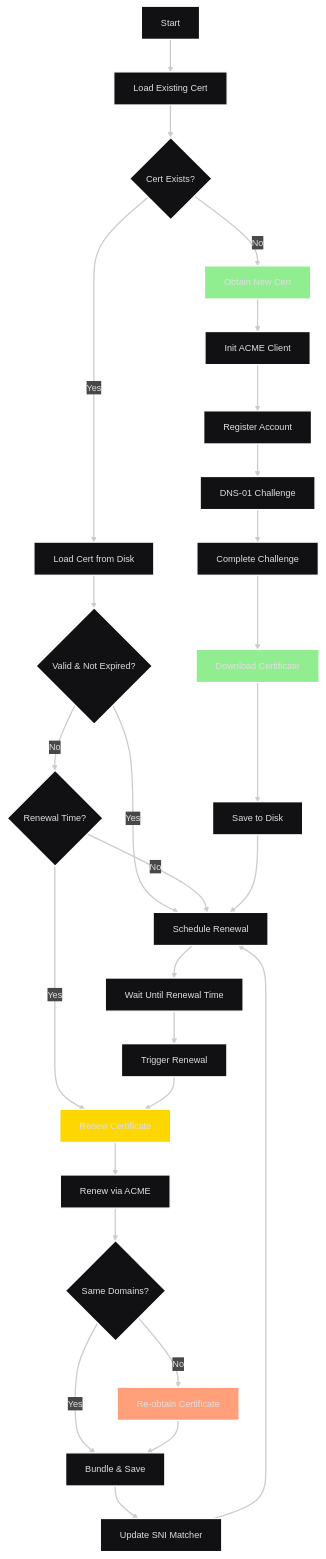
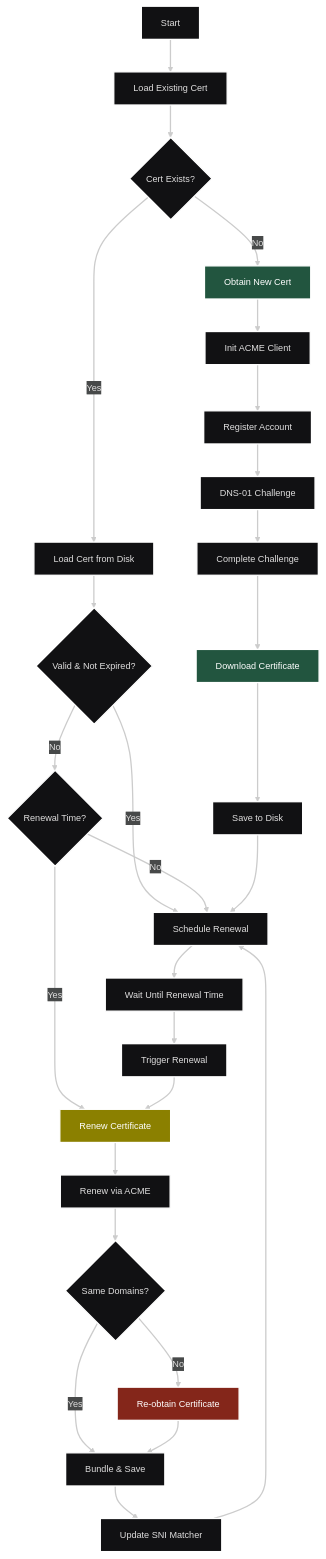
One commit to yusing/godoxy changed the first of 7 diagrams in internal/autocert/README.md. Above: the diagram before and after it, drawn with Mermaid. The commit also changed other lines of this file and 2 other files, not shown here.

Commit message:
feat(docs): add health check and monitor packages README; mermaid styling fix

````diff
--- a/internal/autocert/README.md
+++ b/internal/autocert/README.md
@@ -36,43 +36,43 @@
 ```mermaid
 ---
 config:
   theme: redux-dark-color
 ---
 flowchart TD
     A[Start] --> B[Load Existing Cert]
     B --> C{Cert Exists?}
     C -->|Yes| D[Load Cert from Disk]
     C -->|No| E[Obtain New Cert]
 
     D --> F{Valid & Not Expired?}
     F -->|Yes| G[Schedule Renewal]
     F -->|No| H{Renewal Time?}
     H -->|Yes| I[Renew Certificate]
     H -->|No| G
 
     E --> J[Init ACME Client]
     J --> K[Register Account]
     K --> L[DNS-01 Challenge]
     L --> M[Complete Challenge]
     M --> N[Download Certificate]
     N --> O[Save to Disk]
     O --> G
 
     G --> P[Wait Until Renewal Time]
     P --> Q[Trigger Renewal]
     Q --> I
 
     I --> R[Renew via ACME]
     R --> S{Same Domains?}
     S -->|Yes| T[Bundle & Save]
     S -->|No| U[Re-obtain Certificate]
     U --> T
 
     T --> V[Update SNI Matcher]
     V --> G
 
-    style E fill:#90EE90
-    style I fill:#FFD700
-    style N fill:#90EE90
-    style U fill:#FFA07A
+    style E fill:#22553F,color:#fff
+    style I fill:#8B8000,color:#fff
+    style N fill:#22553F,color:#fff
+    style U fill:#84261A,color:#fff
 ```
````
